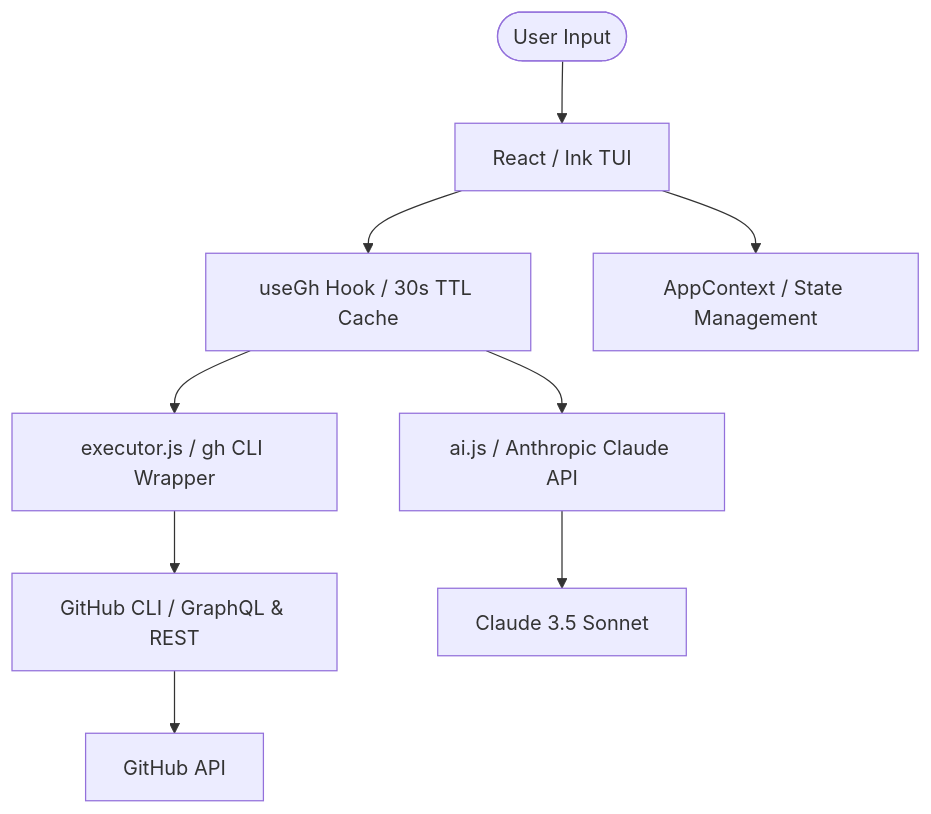
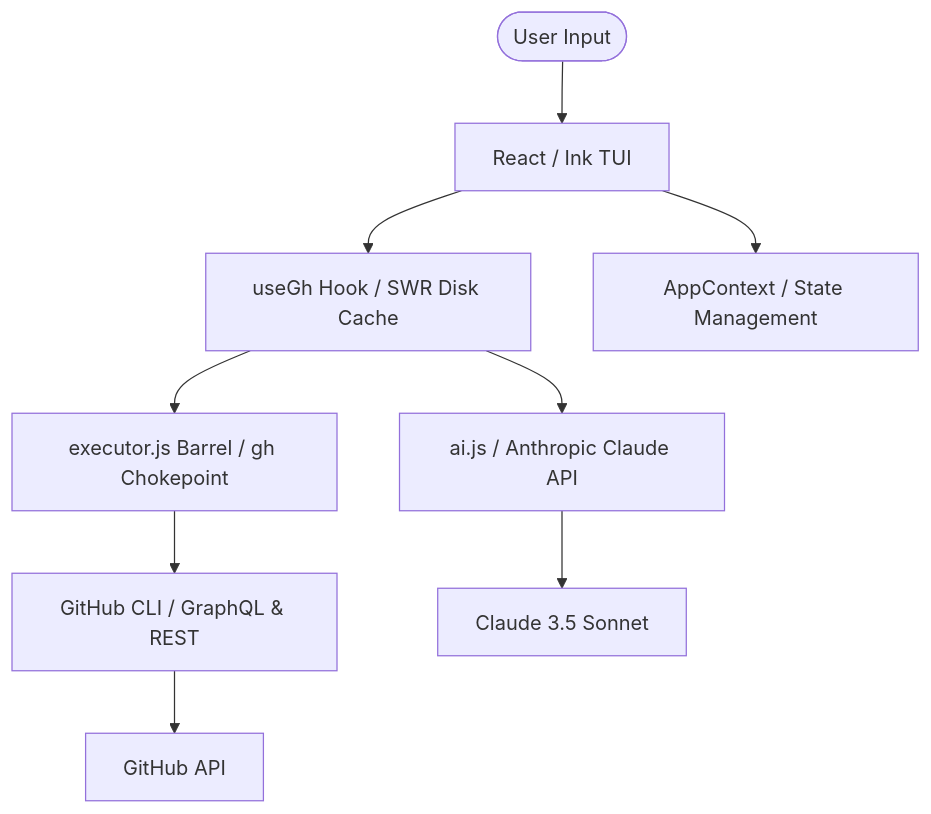
Before and after one commit to saketh-kowtha/lazyhub: the diagram in README.md, drawn with Mermaid. The commit also changed other lines of this file and 34 other files, not shown here.

````diff
--- a/README.md
+++ b/README.md
@@ -30,11 +30,11 @@
 ```mermaid
 graph TD
     User([User Input]) --> UI[React / Ink TUI]
-    UI --> Hook[useGh Hook / 30s TTL Cache]
+    UI --> Hook[useGh Hook / SWR Disk Cache]
     UI --> Context[AppContext / State Management]
-    Hook --> Executor[executor.js / gh CLI Wrapper]
+    Hook --> Executor[executor.js Barrel / gh Chokepoint]
     Hook --> AI[ai.js / Anthropic Claude API]
     Executor --> GH[GitHub CLI / GraphQL & REST]
     AI --> Claude[Claude 3.5 Sonnet]
     GH --> API[GitHub API]
 ```
````
